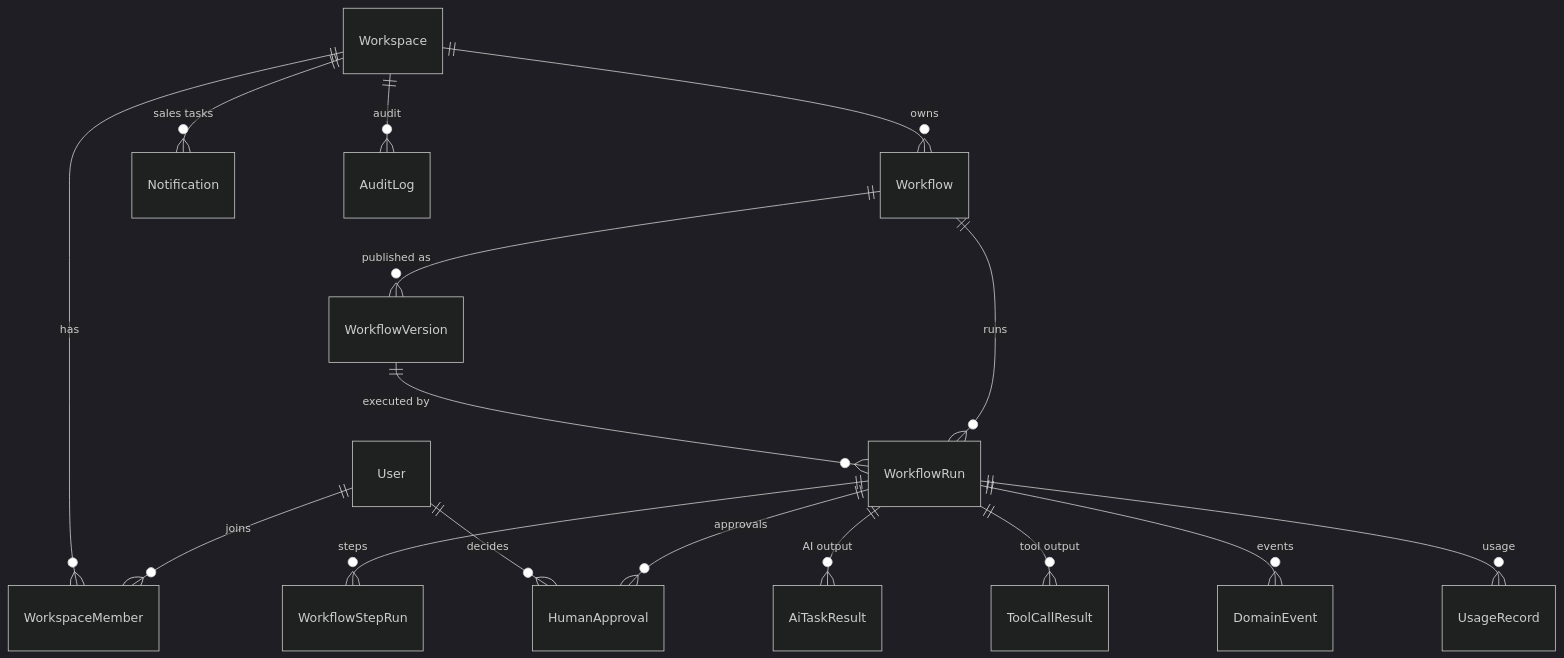
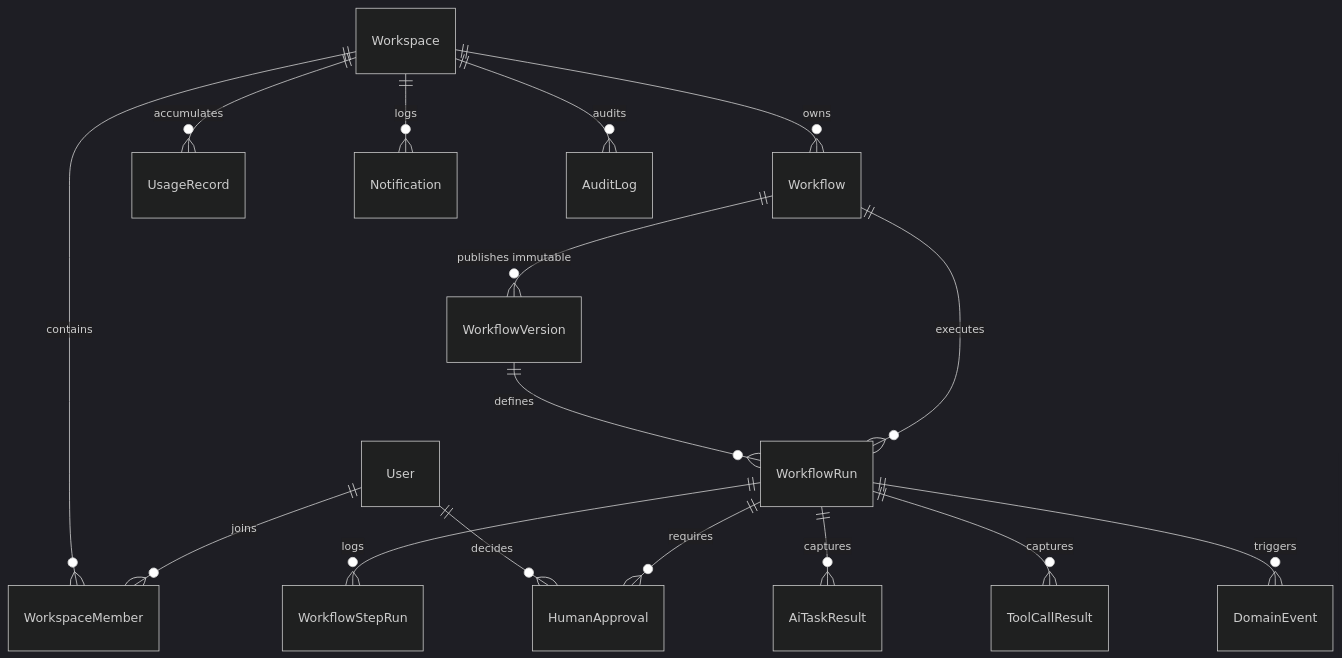
One commit to foxxiee04/AgentOps-AI-Agent-Workflow-Automation-Platform changed the third of 4 diagrams in docs/system-documentation.md. Above: the diagram before and after it, drawn with Mermaid (dark theme). The commit also changed other lines of this file and 7 other files, not shown here.

Commit message:
docs: API, security, AI agent, roadmap, decisions and system overview

````diff
--- a/docs/system-documentation.md
+++ b/docs/system-documentation.md
@@ -156,18 +165,18 @@
 ```mermaid
 erDiagram
-  User ||--o{ WorkspaceMember : joins
-  Workspace ||--o{ WorkspaceMember : has
-  Workspace ||--o{ Workflow : owns
-  Workflow ||--o{ WorkflowVersion : "published as"
-  Workflow ||--o{ WorkflowRun : runs
-  WorkflowVersion ||--o{ WorkflowRun : "executed by"
-  WorkflowRun ||--o{ WorkflowStepRun : steps
-  WorkflowRun ||--o{ AiTaskResult : "AI output"
-  WorkflowRun ||--o{ ToolCallResult : "tool output"
-  WorkflowRun ||--o{ HumanApproval : approvals
-  WorkflowRun ||--o{ DomainEvent : events
-  WorkflowRun ||--o{ UsageRecord : usage
-  Workspace ||--o{ Notification : "sales tasks"
-  Workspace ||--o{ AuditLog : audit
-  User ||--o{ HumanApproval : decides
+    User ||--o{ WorkspaceMember : joins
+    Workspace ||--o{ WorkspaceMember : contains
+    Workspace ||--o{ Workflow : owns
+    Workflow ||--o{ WorkflowVersion : "publishes immutable"
+    Workflow ||--o{ WorkflowRun : executes
+    WorkflowVersion ||--o{ WorkflowRun : defines
+    WorkflowRun ||--o{ WorkflowStepRun : logs
+    WorkflowRun ||--o{ AiTaskResult : captures
+    WorkflowRun ||--o{ ToolCallResult : captures
+    WorkflowRun ||--o{ HumanApproval : requires
+    WorkflowRun ||--o{ DomainEvent : triggers
+    Workspace ||--o{ UsageRecord : accumulates
+    Workspace ||--o{ Notification : logs
+    Workspace ||--o{ AuditLog : audits
+    User ||--o{ HumanApproval : decides
 ```
````
